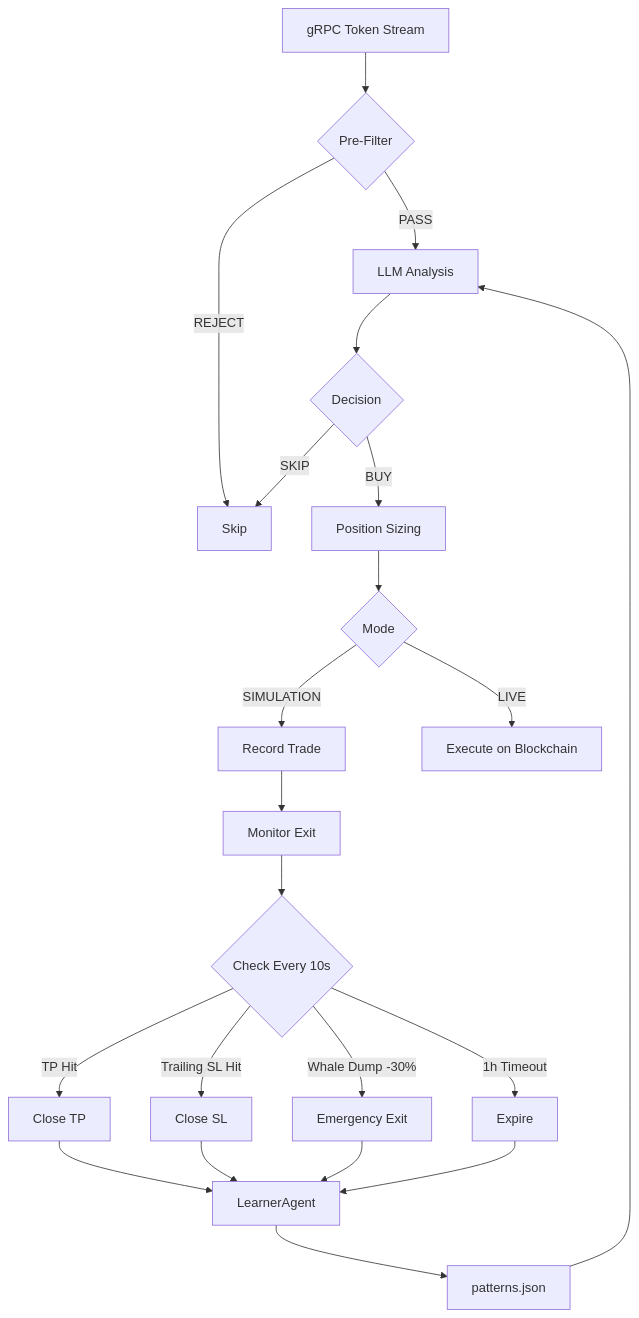
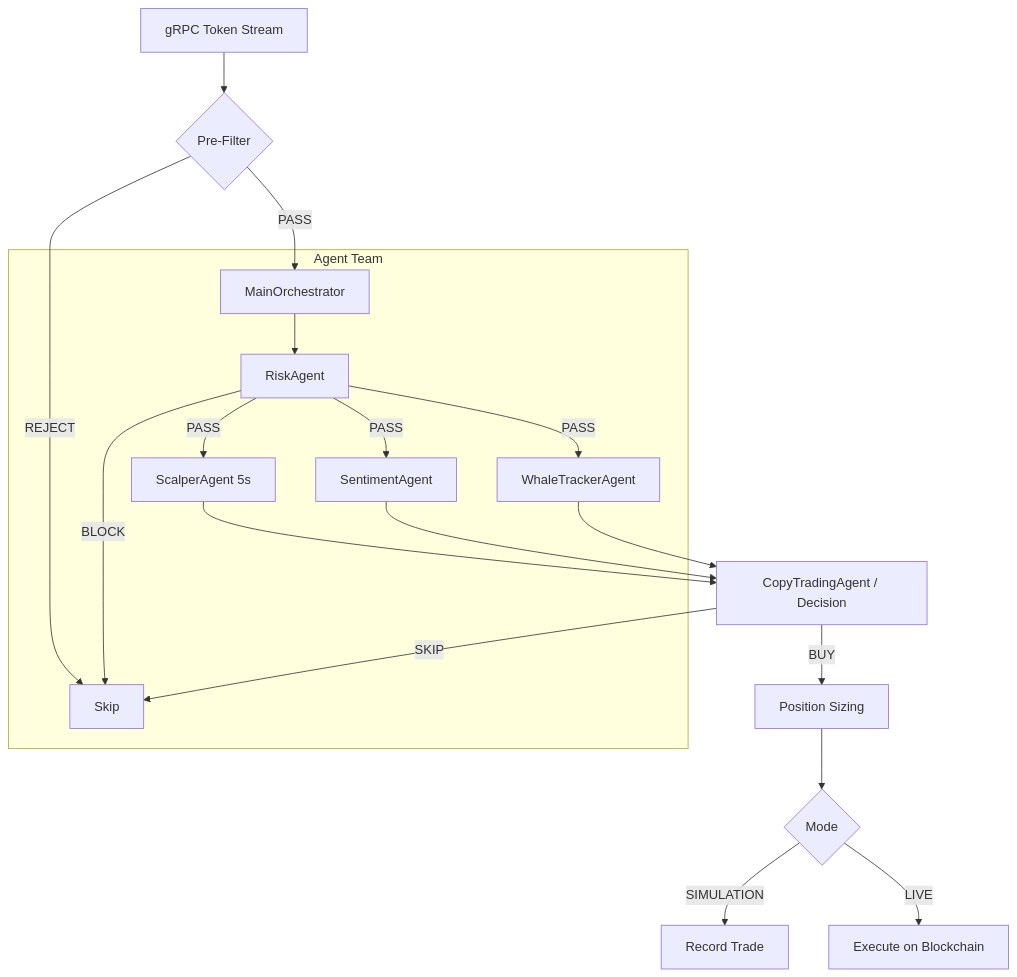
Before and after one commit to ancgci/pumpfun-bonding-curve-mvp: the diagram in docs/AI_AGENT.md, drawn with Mermaid. The commit also changed other lines of this file and 67 other files, not shown here.

````diff
--- a/docs/AI_AGENT.md
+++ b/docs/AI_AGENT.md
@@ -9,21 +9,22 @@
 ```mermaid
 graph TD
     A[gRPC Token Stream] --> B{Pre-Filter}
     B -->|REJECT| Z[Skip]
-    B -->|PASS| C[LLM Analysis]
-    C --> D{Decision}
-    D -->|SKIP| Z
-    D -->|BUY| E[Position Sizing]
-    E --> F{Mode}
-    F -->|SIMULATION| G[Record Trade]
-    F -->|LIVE| H[Execute on Blockchain]
-    G --> I[Monitor Exit]
-    I --> J{Check Every 10s}
-    J -->|TP Hit| K[Close TP]
-    J -->|Trailing SL Hit| L[Close SL]
-    J -->|Whale Dump -30%| M[Emergency Exit]
-    J -->|1h Timeout| N[Expire]
-    K & L & M & N --> O[LearnerAgent]
-    O --> P[patterns.json]
-    P --> C
+    B -->|PASS| C[MainOrchestrator]
+    
+    subgraph Agent Team
+      C --> D[RiskAgent]
+      D -->|BLOCK| Z
+      D -->|PASS| E[ScalperAgent 5s]
+      D -->|PASS| F[SentimentAgent]
+      D -->|PASS| G[WhaleTrackerAgent]
+    end
+    
+    E & F & G --> H[CopyTradingAgent / Decision]
+    
+    H -->|SKIP| Z
+    H -->|BUY| I[Position Sizing]
+    I --> J{Mode}
+    J -->|SIMULATION| K[Record Trade]
+    J -->|LIVE| L[Execute on Blockchain]
 ```
````
